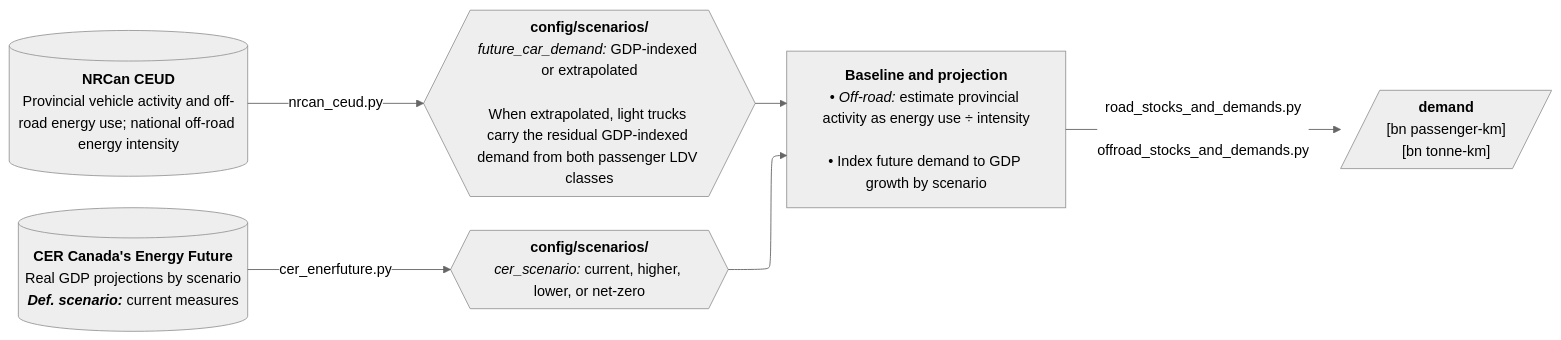
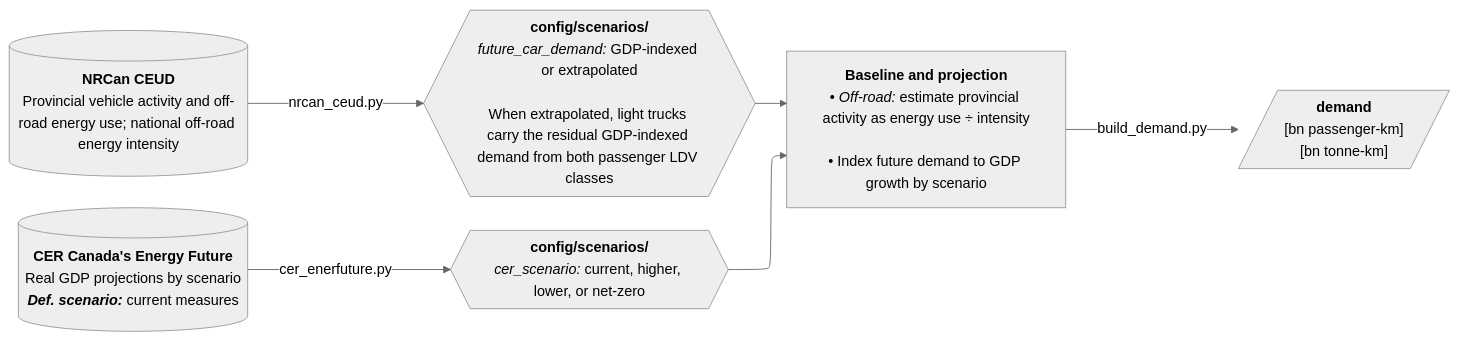
The third of 12 diagrams in docs/etl_flowcharts.md (CANOE-main/canoe-transportation), drawn with Mermaid (neutral theme) before and after one commit. The commit also changed other lines of this file and 5 other files, not shown here.

````diff
--- a/docs/etl_flowcharts.md
+++ b/docs/etl_flowcharts.md
@@ -182,38 +181,37 @@
 ```mermaid
 ---
 config:
   layout: elk
   flowchart:
     nodeSpacing: 35
     rankSpacing: 50
     wrappingWidth: 250
 ---
 flowchart LR
   %% ############ Sources ###########
   s0[("`**NRCan CEUD**
     Provincial vehicle activity and off-road energy use; national off-road energy intensity`")]
   s1[("`**CER Canada's Energy Future**
     Real GDP projections by scenario
     ***Def. scenario:*** current measures`")]
 
   %% ############ Processes ###########
   p0@{shape: hex, label: "**config/scenarios/**
     *future_car_demand:* GDP-indexed or extrapolated<br>
     When extrapolated, light trucks carry the residual GDP-indexed demand from both passenger LDV classes"}
   p0_2@{shape: hex, label: "**config/scenarios/**
     *cer_scenario:* current, higher, lower, or net-zero"}
   p1["`**Baseline and projection**
     • *Off-road:* estimate provincial activity as energy use ÷ intensity<br>
     • Index future demand to GDP growth by scenario`"]
 
   s0 -- nrcan_ceud.py --> p0 --> p1
   s1 -- cer_enerfuture.py --> p0_2 --> p1
-  p1 -- road_stocks_and_demands.py
-  offroad_stocks_and_demands.py --> o1[/"`**demand**
+  p1 -- build_demand.py --> o1[/"`**demand**
     [bn passenger-km]
     [bn tonne-km]`"/]
 
   %% --- Hyperlinks ---
   click s0 "https://oee.nrcan.gc.ca/corporate/statistics/neud/dpa/menus/trends/comprehensive_tables/list.cfm"
   click s1 "https://open.canada.ca/data/en/dataset/07c42deb-9435-43b9-a416-7ce316f3893d"
 ```
````
